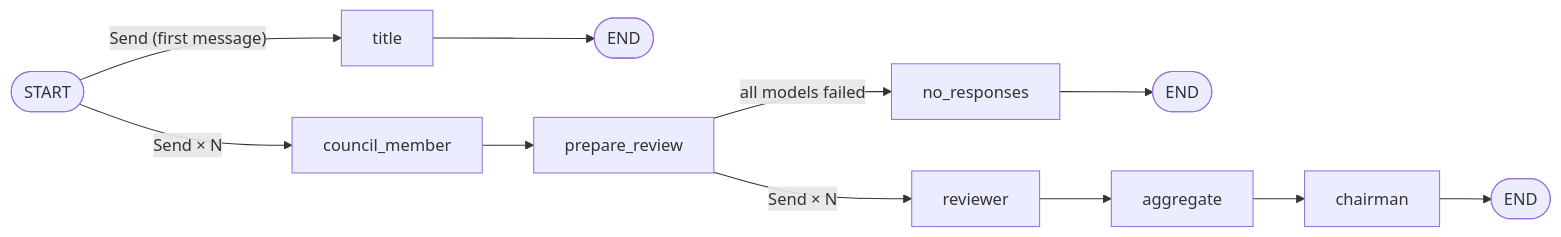
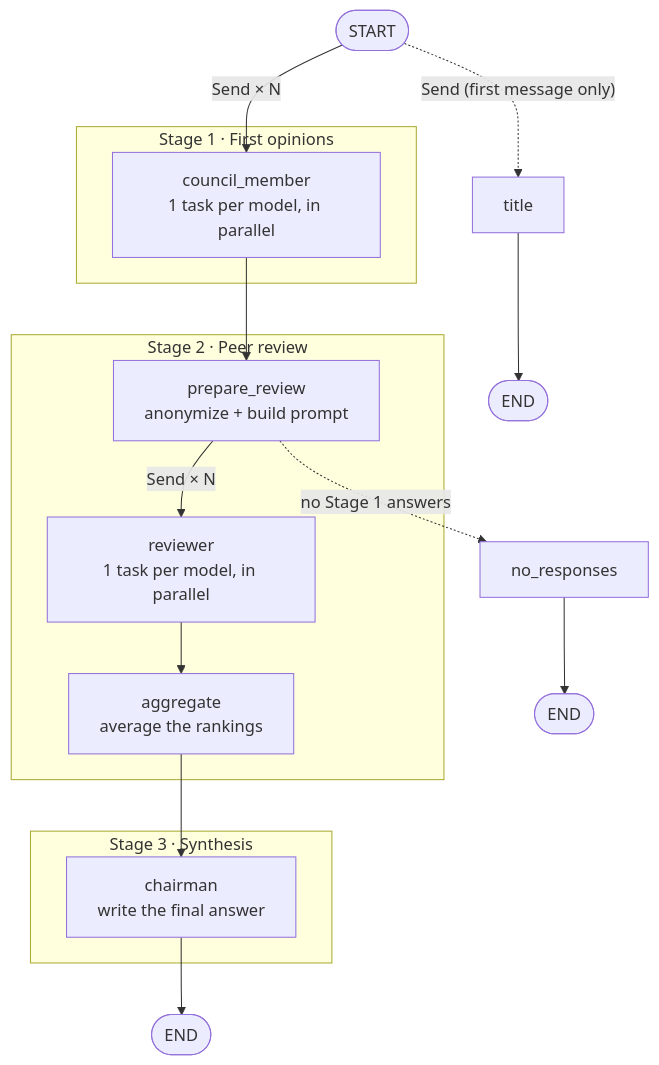
One commit to HARSHITH-1210/Council-of-AI changed the third of 3 diagrams in README.md. Above: the diagram before and after it, drawn with Mermaid. The commit also changed other lines of this file, not shown here.

First line of the commit message:
README: add detailed LangGraph architecture section

````diff
--- a/README.md
+++ b/README.md
@@ -132,9 +149,29 @@
 ```mermaid
-flowchart LR
-    START([START]) -- "Send × N" --> CM[council_member]
-    START -- "Send (first message)" --> T[title] --> E1([END])
-    CM --> PR[prepare_review]
-    PR -- "Send × N" --> RV[reviewer]
-    PR -- "all models failed" --> NR[no_responses] --> E2([END])
-    RV --> AG[aggregate] --> CH[chairman] --> E3([END])
+flowchart TD
+    START([START])
+
+    subgraph S1["Stage 1 · First opinions"]
+        CM["council_member<br/>1 task per model, in parallel"]
+    end
+
+    subgraph S2["Stage 2 · Peer review"]
+        PR["prepare_review<br/>anonymize + build prompt"]
+        RV["reviewer<br/>1 task per model, in parallel"]
+        AG["aggregate<br/>average the rankings"]
+    end
+
+    subgraph S3["Stage 3 · Synthesis"]
+        CH["chairman<br/>write the final answer"]
+    end
+
+    START -- "Send × N" --> CM
+    START -. "Send (first message only)" .-> T["title"]
+    CM --> PR
+    PR -- "Send × N" --> RV
+    PR -. "no Stage 1 answers" .-> NR["no_responses"]
+    RV --> AG --> CH
+
+    CH --> E1([END])
+    T --> E2([END])
+    NR --> E3([END])
 ```
````
